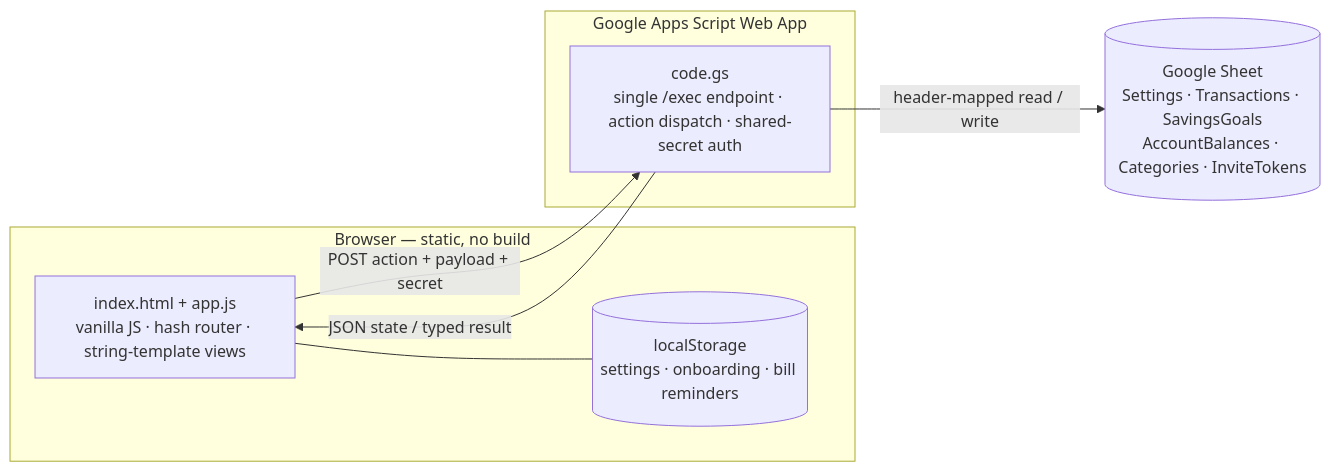
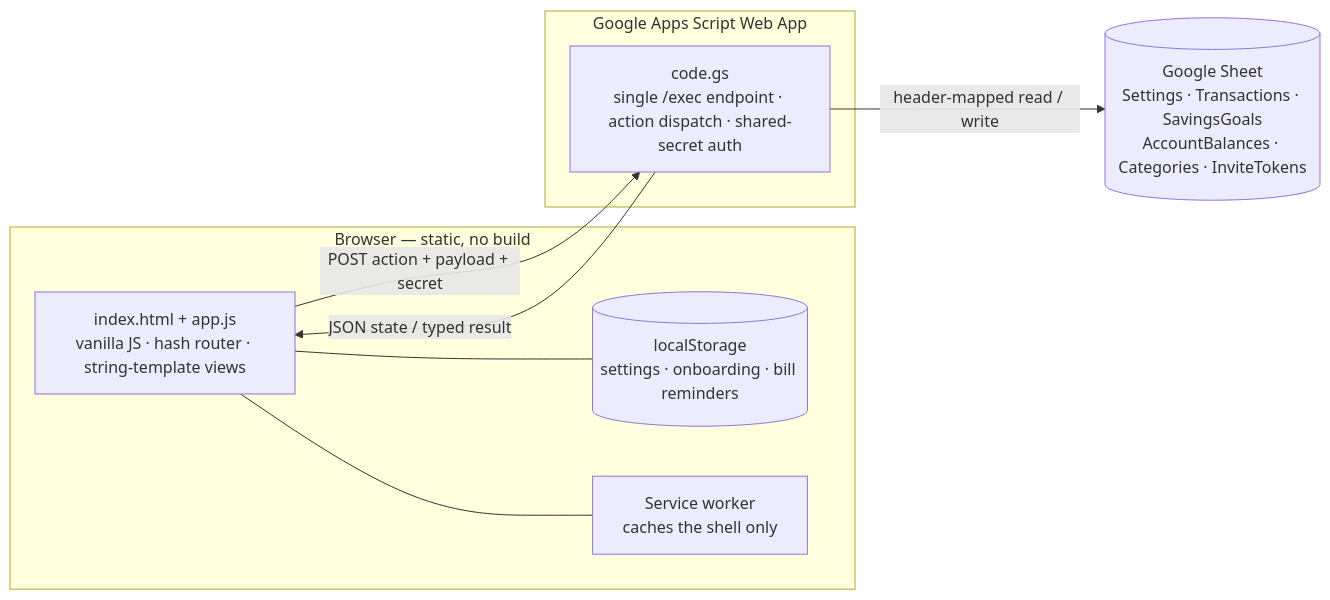
One commit to dorkrespi/BudgetPro-v2 changed the diagram in README.md. Above: the diagram before and after it, drawn with Mermaid. The commit also changed other lines of this file, not shown here.

````diff
--- a/README.md
+++ b/README.md
@@ -55,18 +74,20 @@
 ```mermaid
 flowchart LR
     subgraph Client["Browser — static, no build"]
         UI["index.html + app.js<br/>vanilla JS · hash router · string-template views"]
         LS[("localStorage<br/>settings · onboarding · bill reminders")]
+        SW["Service worker<br/>caches the shell only"]
         UI --- LS
+        UI --- SW
     end
 
     subgraph Backend["Google Apps Script Web App"]
         API["code.gs<br/>single /exec endpoint · action dispatch · shared-secret auth"]
     end
 
     Sheet[("Google Sheet<br/>Settings · Transactions · SavingsGoals<br/>AccountBalances · Categories · InviteTokens")]
 
     UI -- "POST action + payload + secret" --> API
     API -- "JSON state / typed result" --> UI
     API -- "header-mapped read / write" --> Sheet
 ```
````
